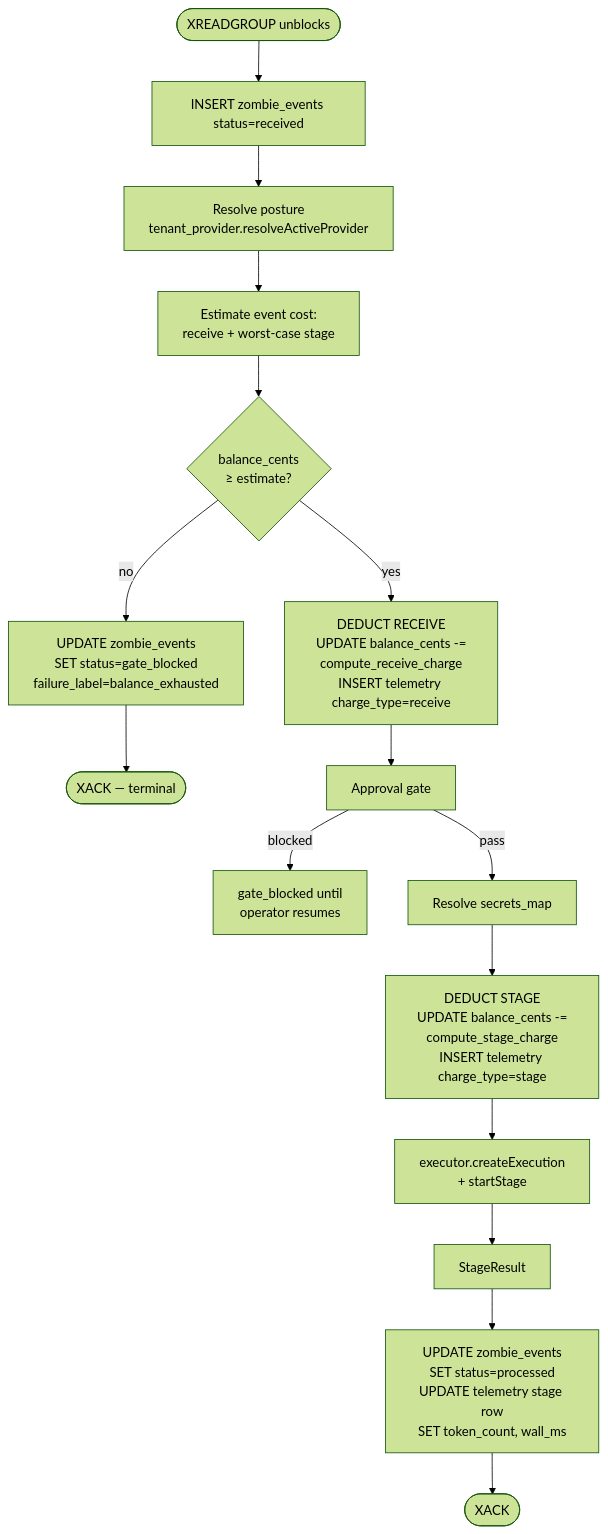
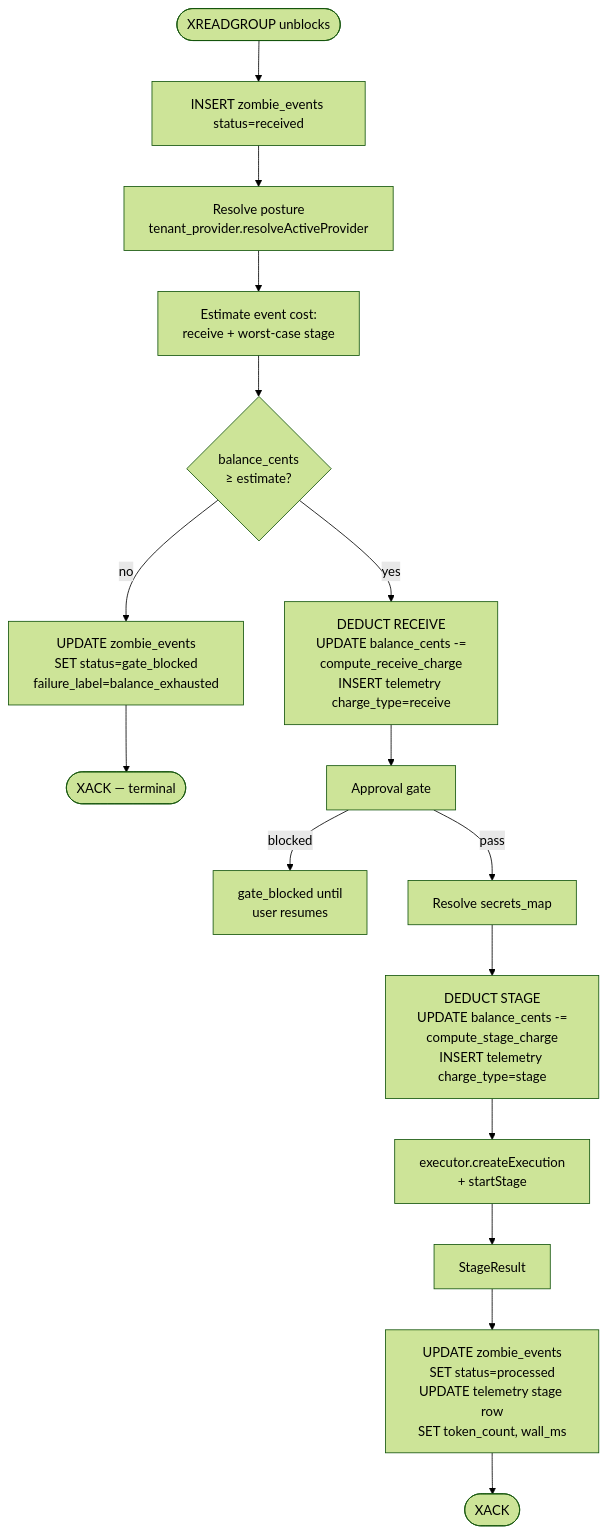
Before and after one commit to usezombie/usezombie: the diagram in docs/architecture/billing_and_byok.md, drawn with Mermaid (forest theme). The commit also changed other lines of this file and 11 other files, not shown here.

````diff
--- a/docs/architecture/billing_and_byok.md
+++ b/docs/architecture/billing_and_byok.md
@@ -161,18 +165,18 @@
 ```mermaid
 flowchart TD
     A([XREADGROUP unblocks]) --> B[INSERT zombie_events status=received]
     B --> C[Resolve posture<br/>tenant_provider.resolveActiveProvider]
     C --> D[Estimate event cost:<br/>receive + worst-case stage]
     D --> E{balance_cents<br/>≥ estimate?}
     E -->|no| Block[UPDATE zombie_events<br/>SET status=gate_blocked<br/>failure_label=balance_exhausted]
     Block --> X1([XACK — terminal])
     E -->|yes| F[DEDUCT RECEIVE<br/>UPDATE balance_cents -=<br/>compute_receive_charge<br/>INSERT telemetry charge_type=receive]
     F --> G[Approval gate]
-    G -->|blocked| Wait[gate_blocked until<br/>operator resumes]
+    G -->|blocked| Wait[gate_blocked until<br/>user resumes]
     G -->|pass| H[Resolve secrets_map]
     H --> I[DEDUCT STAGE<br/>UPDATE balance_cents -=<br/>compute_stage_charge<br/>INSERT telemetry charge_type=stage]
     I --> J[executor.createExecution<br/>+ startStage]
     J --> K[StageResult]
     K --> L[UPDATE zombie_events<br/>SET status=processed<br/>UPDATE telemetry stage row<br/>SET token_count, wall_ms]
     L --> X2([XACK])
 ```
````
